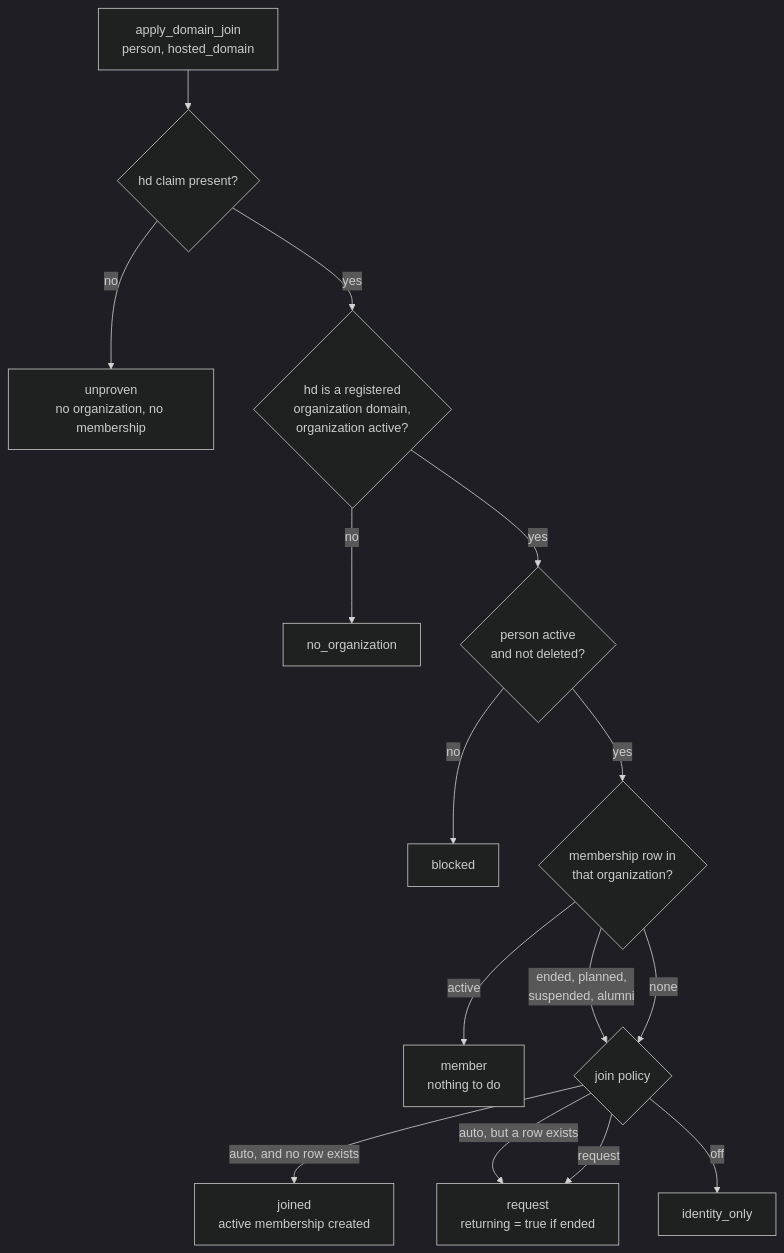
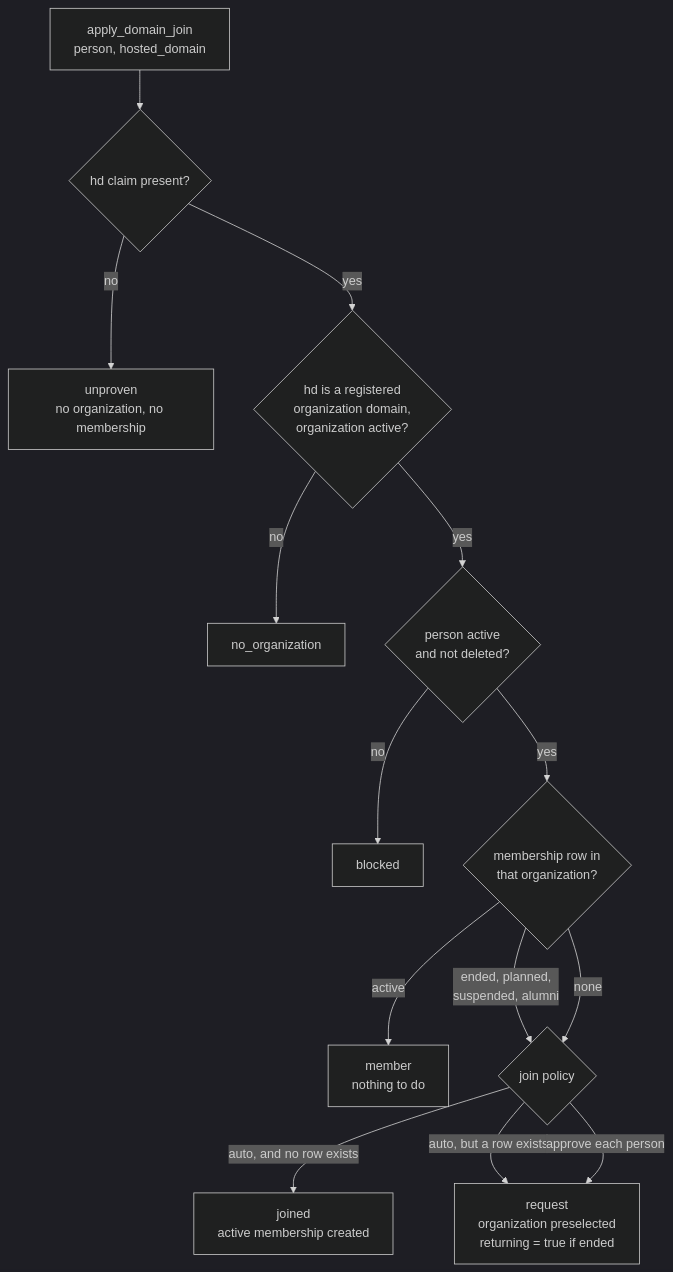
Before and after one commit to NORSTEC/intranet: the first of 7 diagrams in docs/identity-flows.md, drawn with Mermaid (dark theme). The commit also changed other lines of this file and 4 other files, not shown here.

````diff
--- a/docs/identity-flows.md
+++ b/docs/identity-flows.md
@@ -18,17 +18,16 @@
 ```mermaid
 flowchart TD
     A["apply_domain_join<br/>person, hosted_domain"] --> B{"hd claim present?"}
     B -- "no" --> B1["unproven<br/>no organization, no membership"]
     B -- "yes" --> C{"hd is a registered<br/>organization domain,<br/>organization active?"}
     C -- "no" --> C1["no_organization"]
     C -- "yes" --> D{"person active<br/>and not deleted?"}
     D -- "no" --> D1["blocked"]
     D -- "yes" --> E{"membership row in<br/>that organization?"}
     E -- "active" --> E1["member<br/>nothing to do"]
     E -- "ended, planned,<br/>suspended, alumni" --> G
     E -- "none" --> G{"join policy"}
     G -- "auto, and no row exists" --> H["joined<br/>active membership created"]
     G -- "auto, but a row exists" --> I
-    G -- "request" --> I["request<br/>returning = true if ended"]
-    G -- "off" --> J["identity_only"]
+    G -- "approve each person" --> I["request<br/>organization preselected<br/>returning = true if ended"]
 ```
````
